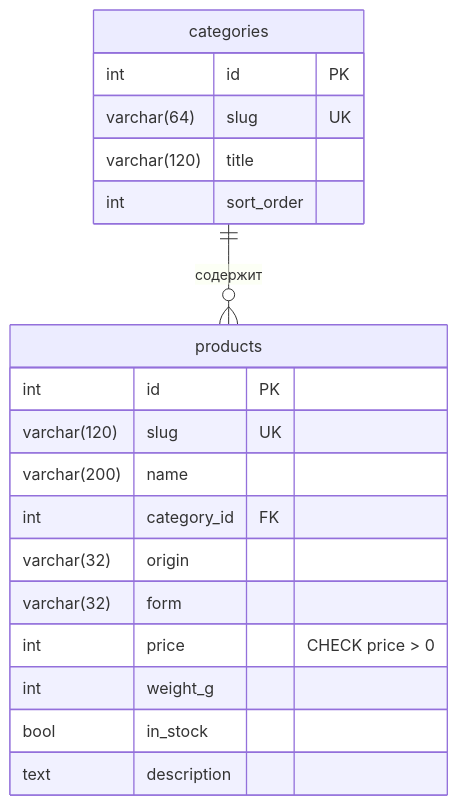
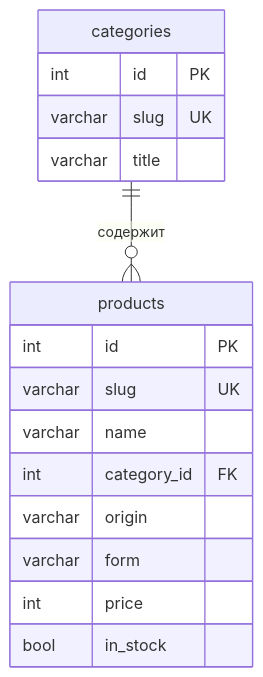
One commit to Georgy213123/ai-product-engineering changed the diagram in projects/02-shopprobe/docs/03-design/er.md. Above: the diagram before and after it, drawn with Mermaid. The commit also changed other lines of this file and 17 other files, not shown here.

````diff
--- a/projects/02-shopprobe/docs/03-design/er.md
+++ b/projects/02-shopprobe/docs/03-design/er.md
@@ -6,22 +5,19 @@
 ```mermaid
 erDiagram
   categories ||--o{ products : "содержит"
   categories {
     int id PK
-    varchar(64) slug UK
-    varchar(120) title
-    int sort_order
+    varchar slug UK
+    varchar title
   }
   products {
     int id PK
-    varchar(120) slug UK
-    varchar(200) name
+    varchar slug UK
+    varchar name
     int category_id FK
-    varchar(32) origin
-    varchar(32) form
-    int price "CHECK price > 0"
-    int weight_g
+    varchar origin
+    varchar form
+    int price
     bool in_stock
-    text description
   }
 ```
````
